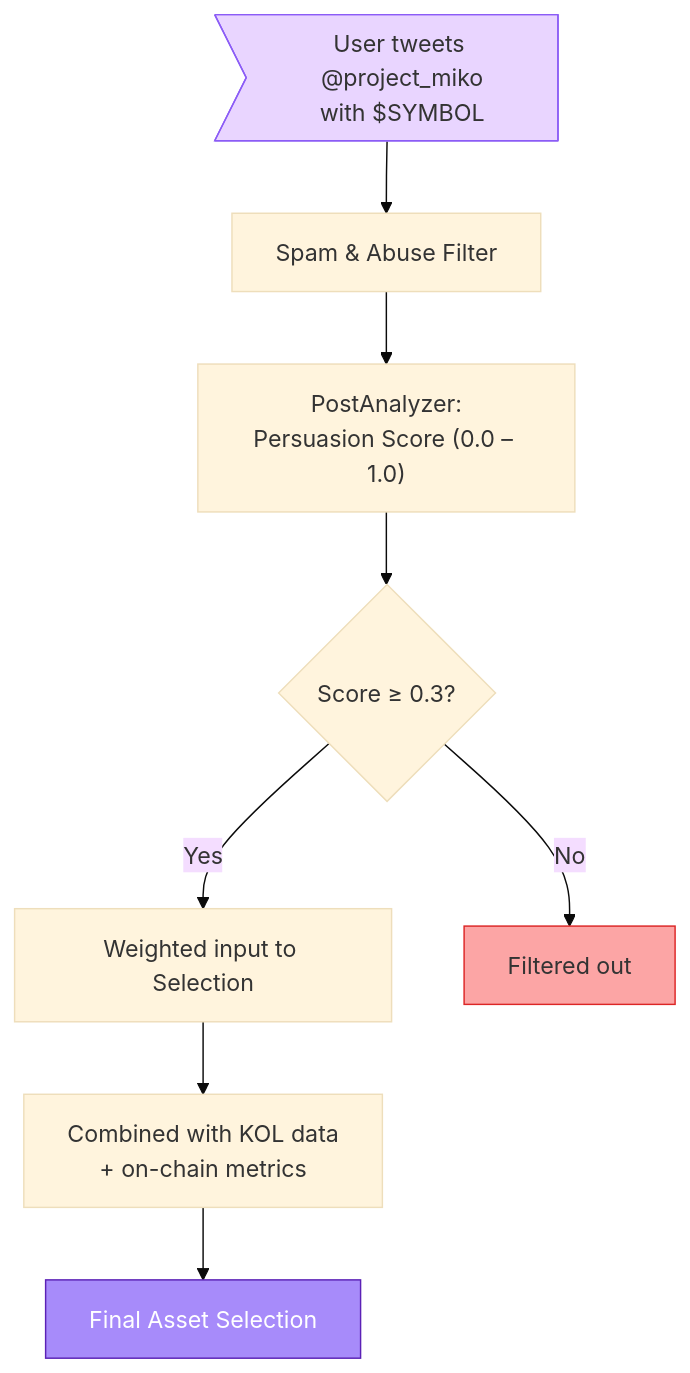
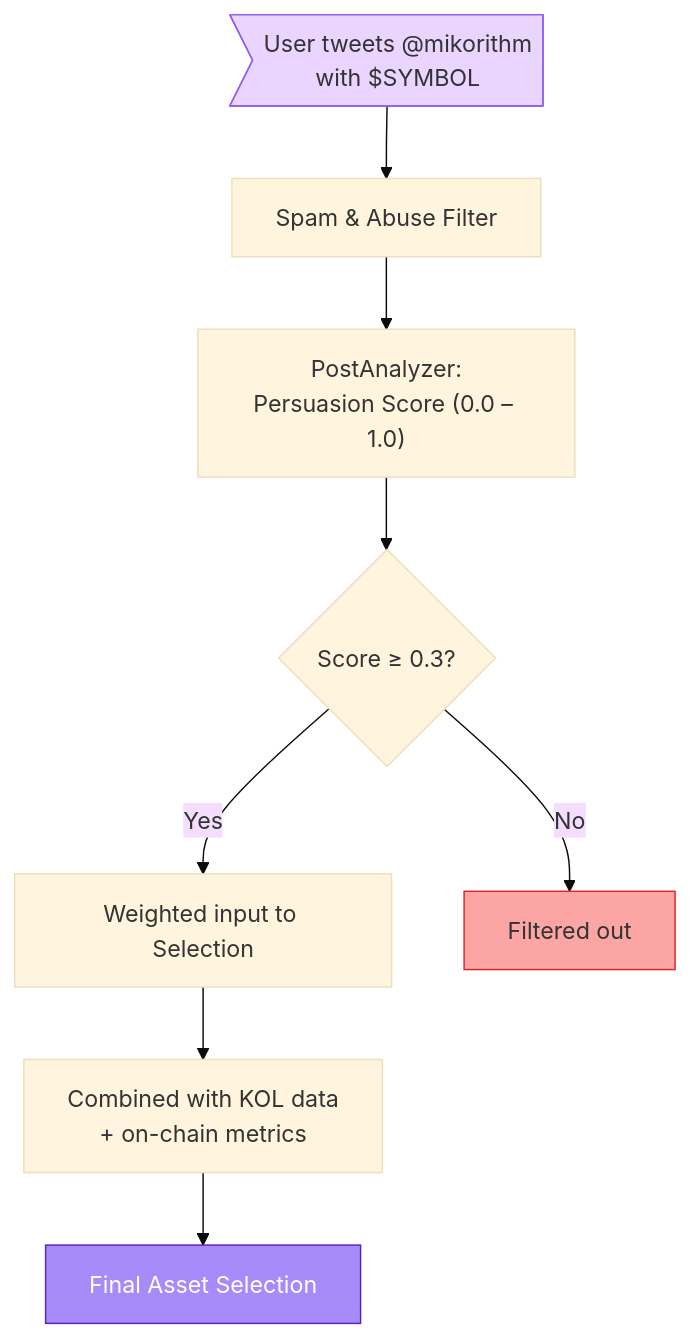
The fifth of 6 diagrams in docs/technical-architecture/ai-architecture.md (Miko-Protocol/docs), drawn with Mermaid (base theme) before and after one commit. The commit also changed other lines of this file and 18 other files, not shown here.

````diff
--- a/docs/technical-architecture/ai-architecture.md
+++ b/docs/technical-architecture/ai-architecture.md
@@ -303,13 +327,13 @@
 ```mermaid
 graph TD
-    A>"User tweets @project_miko<br/>with $SYMBOL"] --> B["Spam & Abuse Filter"]
+    A>"User tweets @mikorithm<br/>with $SYMBOL"] --> B["Spam & Abuse Filter"]
     B --> C["PostAnalyzer:<br/>Persuasion Score (0.0 – 1.0)"]
     C --> D{"Score ≥ 0.3?"}
     D -->|"Yes"| E["Weighted input to Selection"]
     D -->|"No"| F["Filtered out"]
     E --> G["Combined with KOL data<br/>+ on-chain metrics"]
     G --> H["Final Asset Selection"]
     style A fill:#E9D5FF,stroke:#8B5CF6
     style F fill:#fca5a5,stroke:#dc2626
     style H fill:#A78BFA,stroke:#5B21B6,color:#fff
 ```
````
